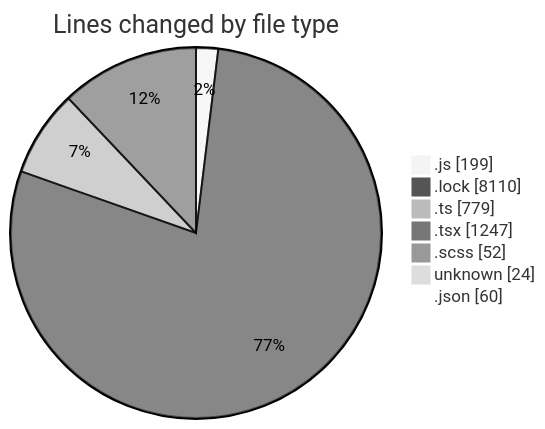
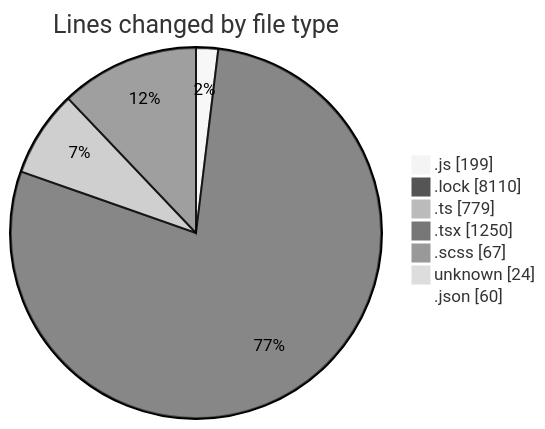
The first of 2 diagrams in 2025-02-07/cda/README.md (momahboobian/code-tracking), drawn with Mermaid (neutral theme) before and after one commit. The commit also changed other lines of this file and 1 other file, not shown here.

````diff
--- a/2025-02-07/cda/README.md
+++ b/2025-02-07/cda/README.md
@@ -58,11 +58,11 @@
 ```mermaid
 pie showData
 title Lines changed by file type
 ".js" : 199
 ".lock" : 8110
 ".ts" : 779
-".tsx" : 1247
-".scss" : 52
+".tsx" : 1250
+".scss" : 67
 "unknown" : 24
 ".json" : 60
 ```
````
